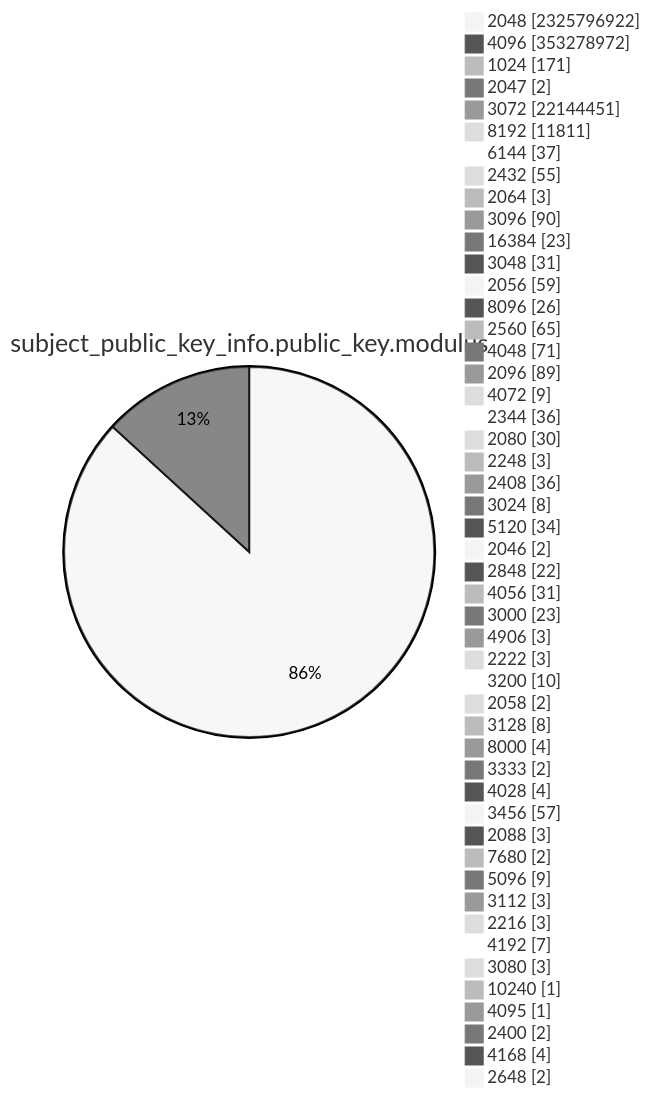
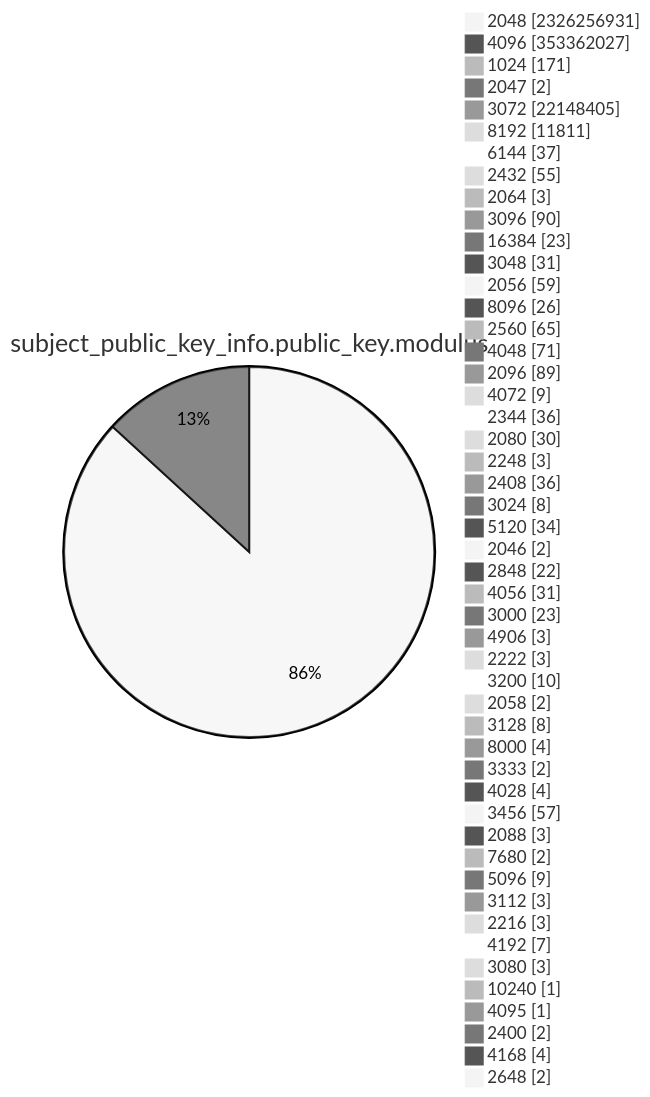
Before and after one commit to christiankrug/ctmonitor_visualization: diagram 13 of 15 in TOTAL/README.md, drawn with Mermaid (neutral theme). The commit also changed other lines of this file, not shown here.

````diff
--- a/TOTAL/README.md
+++ b/TOTAL/README.md
@@ -4167,53 +4167,53 @@
 ```mermaid
 pie showData
 title subject_public_key_info.public_key.modulus
-"2048" :2325796922
-"4096" :353278972
+"2048" :2326256931
+"4096" :353362027
 "1024" :171
 "2047" :2
-"3072" :22144451
+"3072" :22148405
 "8192" :11811
 "6144" :37
 "2432" :55
 "2064" :3
 "3096" :90
 "16384" :23
 "3048" :31
 "2056" :59
 "8096" :26
 "2560" :65
 "4048" :71
 "2096" :89
 "4072" :9
 "2344" :36
 "2080" :30
 "2248" :3
 "2408" :36
 "3024" :8
 "5120" :34
 "2046" :2
 "2848" :22
 "4056" :31
 "3000" :23
 "4906" :3
 "2222" :3
 "3200" :10
 "2058" :2
 "3128" :8
 "8000" :4
 "3333" :2
 "4028" :4
 "3456" :57
 "2088" :3
 "7680" :2
 "5096" :9
 "3112" :3
 "2216" :3
 "4192" :7
 "3080" :3
 "10240" :1
 "4095" :1
 "2400" :2
 "4168" :4
 "2648" :2
 ```
````
